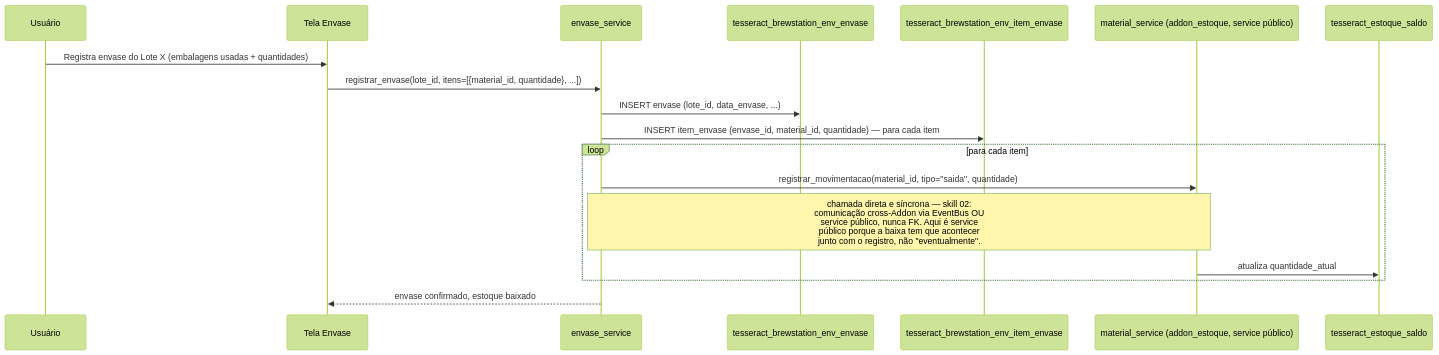
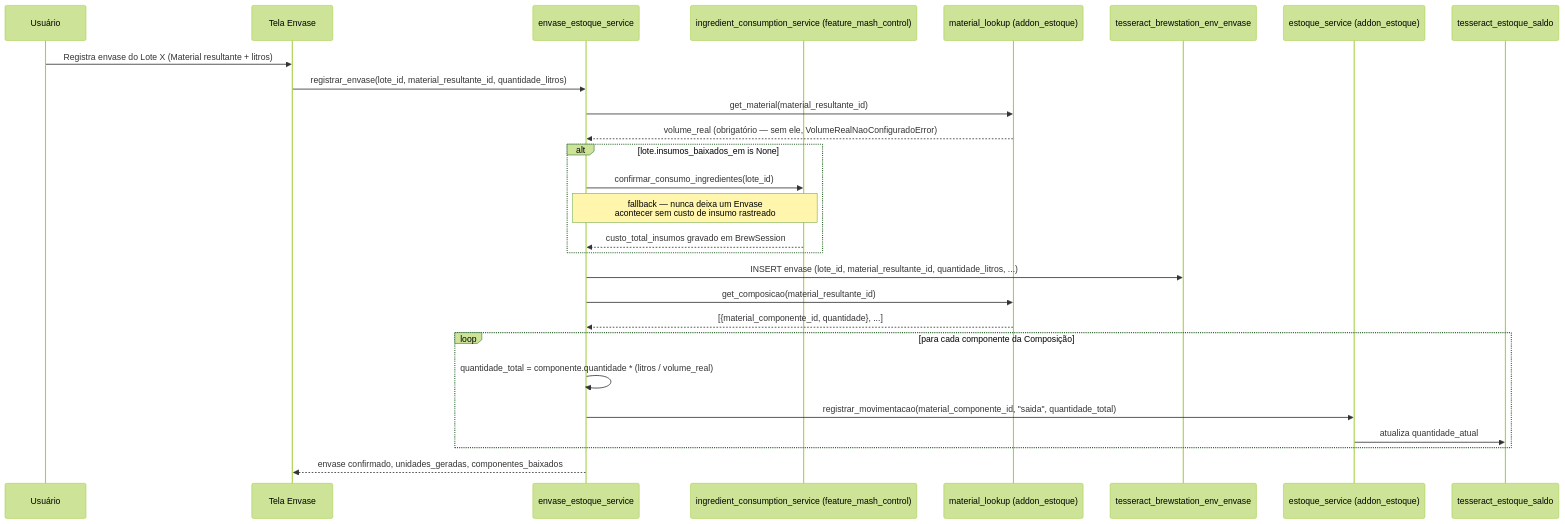
The first of 2 diagrams in addons/addon_brewstation/features/feature_envase/docs/technical/03-fluxos.md (ChristopherNicolasSMM/Tesseract), drawn with Mermaid (forest theme) before and after one commit. The commit also changed other lines of this file and 17 other files, not shown here.

Commit message:
docs: revisa docs/technical de feature_envase/mash_control/brew_father pos skills 25/26/27 (fecha item 4 do BACKLOG)

````diff
--- a/addons/addon_brewstation/features/feature_envase/docs/technical/03-fluxos.md
+++ b/addons/addon_brewstation/features/feature_envase/docs/technical/03-fluxos.md
@@ -5,23 +5,34 @@
 ```mermaid
 sequenceDiagram
     participant User as Usuário
     participant UI as Tela Envase
-    participant EnvSvc as envase_service
+    participant EnvSvc as envase_estoque_service
+    participant IngSvc as ingredient_consumption_service (feature_mash_control)
+    participant Lookup as material_lookup (addon_estoque)
     participant Envase as tesseract_brewstation_env_envase
-    participant Item as tesseract_brewstation_env_item_envase
-    participant EstSvc as material_service (addon_estoque, service público)
+    participant EstSvc as estoque_service (addon_estoque)
     participant Saldo as tesseract_estoque_saldo
 
-    User->>UI: Registra envase do Lote X (embalagens usadas + quantidades)
-    UI->>EnvSvc: registrar_envase(lote_id, itens=[{material_id, quantidade}, ...])
-    EnvSvc->>Envase: INSERT envase (lote_id, data_envase, ...)
-    EnvSvc->>Item: INSERT item_envase (envase_id, material_id, quantidade) — para cada item
+    User->>UI: Registra envase do Lote X (Material resultante + litros)
+    UI->>EnvSvc: registrar_envase(lote_id, material_resultante_id, quantidade_litros)
+    EnvSvc->>Lookup: get_material(material_resultante_id)
+    Lookup-->>EnvSvc: volume_real (obrigatório — sem ele, VolumeRealNaoConfiguradoError)
 
-    loop para cada item
-        EnvSvc->>EstSvc: registrar_movimentacao(material_id, tipo="saida", quantidade)
-        Note over EnvSvc,EstSvc: chamada direta e síncrona — skill 02:<br/>comunicação cross-Addon via EventBus OU<br/>service público, nunca FK. Aqui é service<br/>público porque a baixa tem que acontecer<br/>junto com o registro, não "eventualmente".
+    alt lote.insumos_baixados_em is None
+        EnvSvc->>IngSvc: confirmar_consumo_ingredientes(lote_id)
+        Note over EnvSvc,IngSvc: fallback — nunca deixa um Envase<br/>acontecer sem custo de insumo rastreado
+        IngSvc-->>EnvSvc: custo_total_insumos gravado em BrewSession
+    end
+
+    EnvSvc->>Envase: INSERT envase (lote_id, material_resultante_id, quantidade_litros, ...)
+    EnvSvc->>Lookup: get_composicao(material_resultante_id)
+    Lookup-->>EnvSvc: [{material_componente_id, quantidade}, ...]
+
+    loop para cada componente da Composição
+        EnvSvc->>EnvSvc: quantidade_total = componente.quantidade * (litros / volume_real)
+        EnvSvc->>EstSvc: registrar_movimentacao(material_componente_id, "saida", quantidade_total)
         EstSvc->>Saldo: atualiza quantidade_atual
     end
 
-    EnvSvc-->>UI: envase confirmado, estoque baixado
+    EnvSvc-->>UI: envase confirmado, unidades_geradas, componentes_baixados
 ```
````
